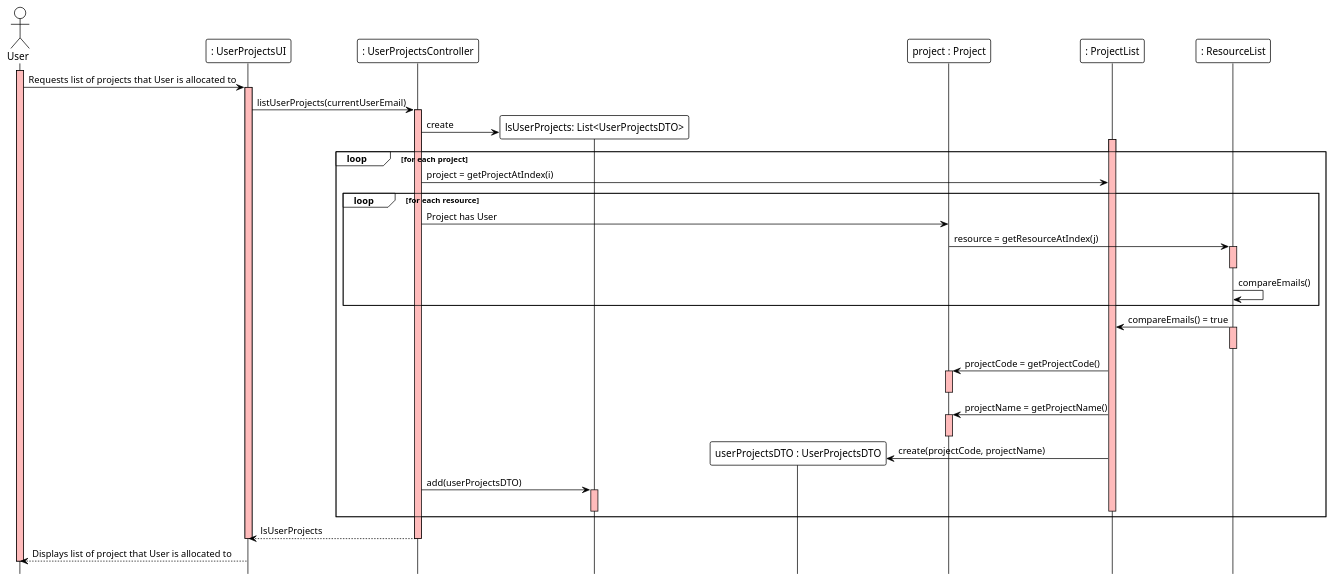
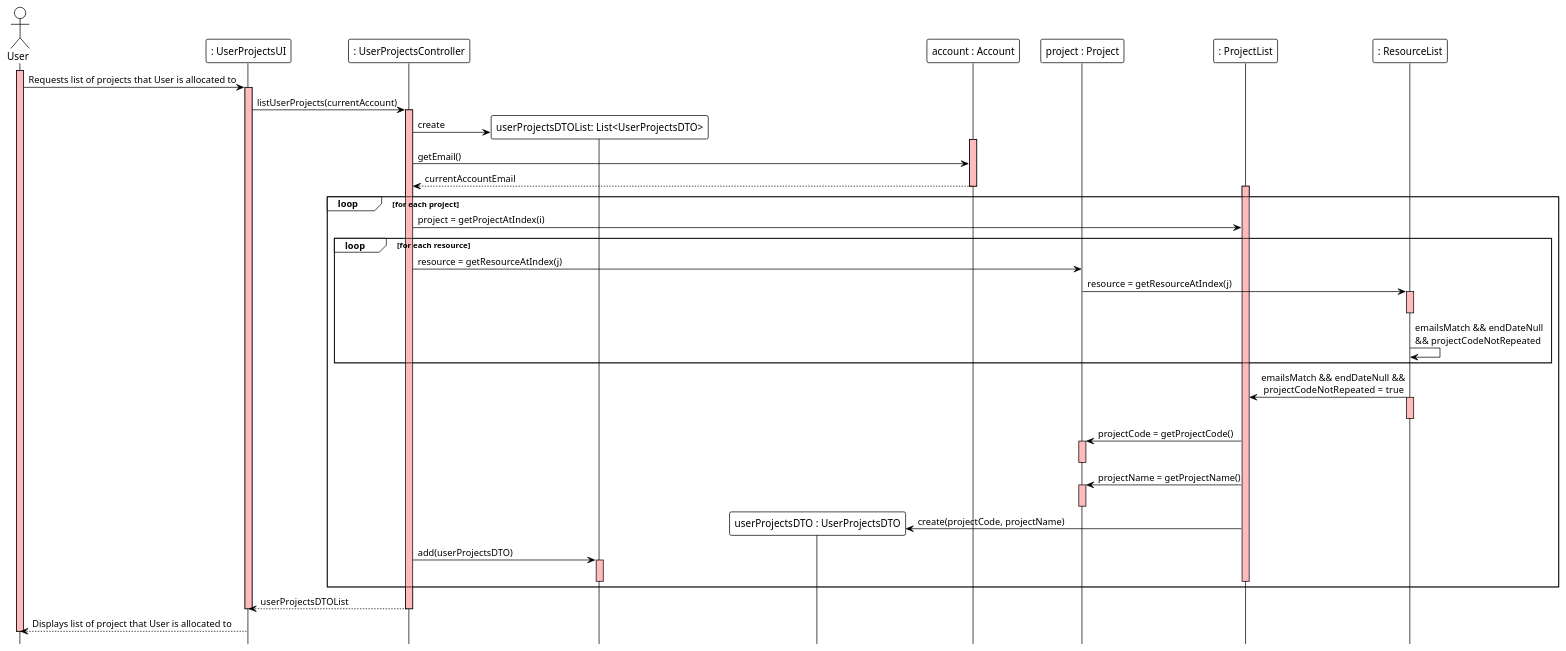
The diagram in docs/modelling_design/user_stories/us016/US016_ListOfUserProjectsSD.puml (ivo-menezes/project_g3), drawn with PlantUML before and after one commit. The commit also changed 1 other file, not shown here.

Commit message:
US016 : Design : Updated US016_ListOfUserProjectsSD

```diff
--- a/docs/modelling_design/user_stories/us016/US016_ListOfUserProjectsSD.puml
+++ b/docs/modelling_design/user_stories/us016/US016_ListOfUserProjectsSD.puml
@@ -1,64 +1,70 @@
 @startuml
 !theme plain
 hide footbox
 
 actor User as User
 participant ": UserProjectsUI" as UI
 participant ": UserProjectsController" as Controller
-participant "lsUserProjects: List<UserProjectsDTO>" as DTOList
+participant "userProjectsDTOList: List<UserProjectsDTO>" as DTOList
 participant "userProjectsDTO : UserProjectsDTO" as DTO
+participant "account : Account" as account
 participant "project : Project" as Project
 participant ": ProjectList" as ProjectList
 participant ": ResourceList" as ResourceList
 
 activate User #FFBBBB
 User ->  UI: Requests list of projects that User is allocated to
 
 activate UI #FFBBBB
-UI -> Controller: listUserProjects(currentUserEmail)
+UI -> Controller: listUserProjects(currentAccount)
 
 activate Controller #FFBBBB
 Controller -> DTOList ** : create
+
+activate account #FFBBBB
+Controller -> account: getEmail()
+account --> Controller: currentAccountEmail
+deactivate account
 
 group loop [for each project]
 activate ProjectList #FFBBBB
 Controller -> ProjectList : project = getProjectAtIndex(i)
 
 loop for each resource
-Controller -> Project : Project has User
+Controller -> Project : resource = getResourceAtIndex(j)
 Project -> ResourceList : resource = getResourceAtIndex(j)
 activate ResourceList #FFBBBB
 deactivate ResourceList
 
 
-ResourceList -> ResourceList : compareEmails()
+ResourceList -> ResourceList : emailsMatch && endDateNull\n&& projectCodeNotRepeated
 
 end
 
-ResourceList -> ProjectList : compareEmails() = true
+ResourceList -> ProjectList : emailsMatch && endDateNull &&\n projectCodeNotRepeated  = true
 activate ResourceList #FFBBBB
 deactivate ResourceList
 
 ProjectList -> Project : projectCode = getProjectCode()
 activate Project #FFBBBB
 deactivate Project
 
 ProjectList -> Project : projectName = getProjectName()
 activate Project #FFBBBB
 deactivate Project
 
 ProjectList -> DTO ** : create(projectCode, projectName)
 
 Controller -> DTOList : add(userProjectsDTO)
 activate DTOList #FFBBBB
 deactivate DTOList
 deactivate ProjectList
 end
 
-Controller --> UI : lsUserProjects
+Controller --> UI : userProjectsDTOList
 deactivate Controller
 deactivate UI
 
 UI --> User: Displays list of project that User is allocated to
 deactivate User #FFBBBB
 @enduml
```
